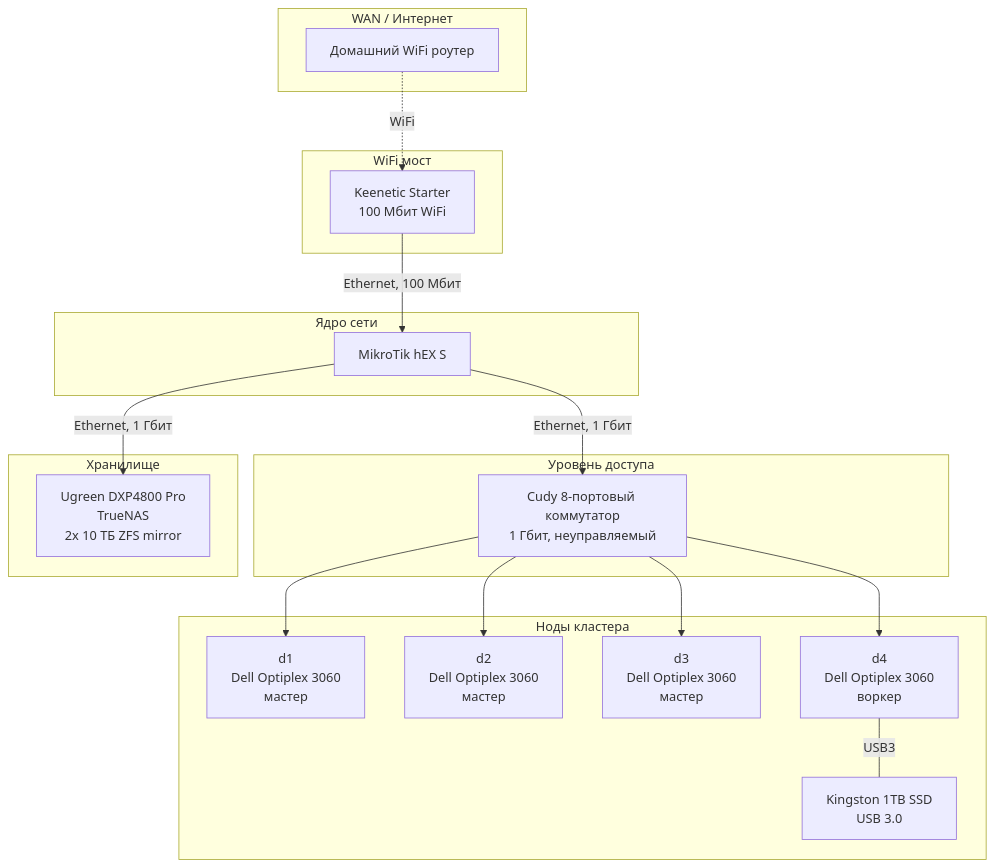
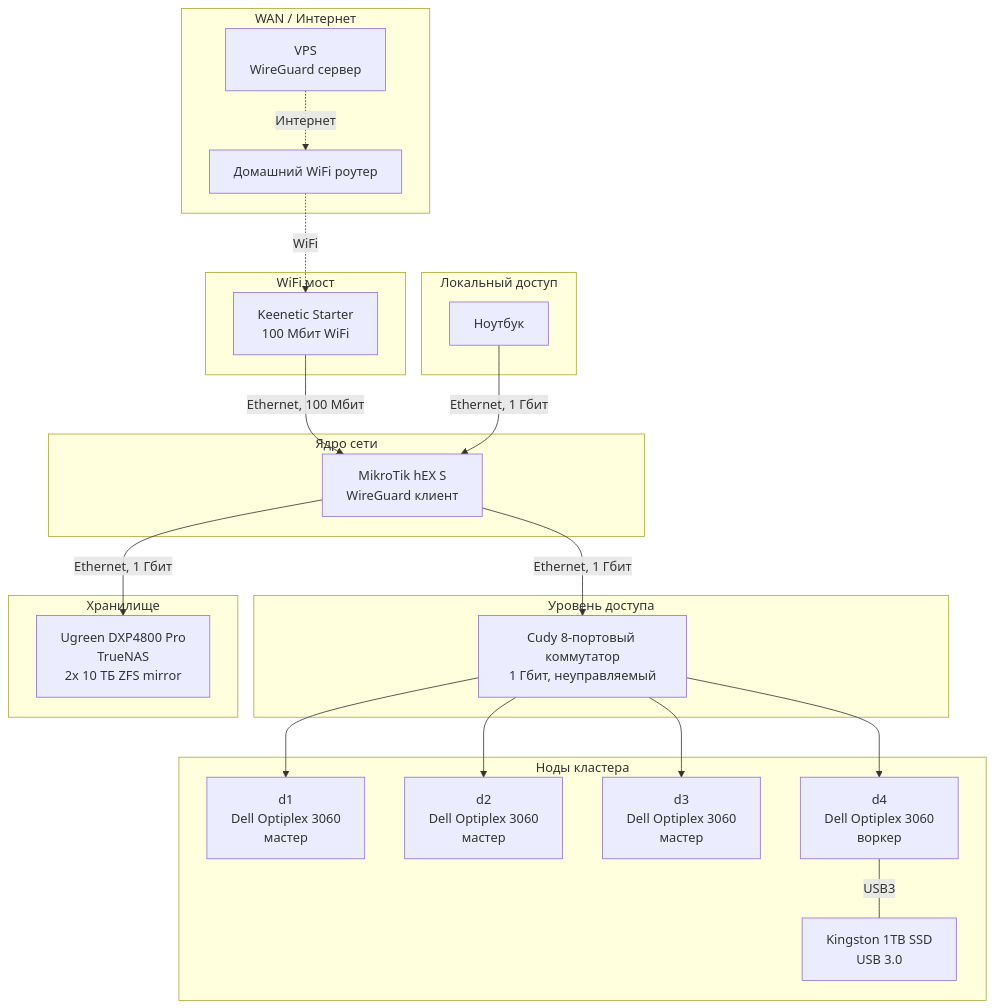
One commit to PearlFoe/homelab changed the first of 2 diagrams in docs/ru/v1/network.md. Above: the diagram before and after it, drawn with Mermaid. The commit also changed other lines of this file and 5 other files, not shown here.

````diff
--- a/docs/ru/v1/network.md
+++ b/docs/ru/v1/network.md
@@ -5,35 +5,41 @@
 ```mermaid
 graph TD
     subgraph wan ["WAN / Интернет"]
         HomeRouter["Домашний WiFi роутер"]
+        VPS["VPS\nWireGuard сервер"]
     end
     subgraph bridge ["WiFi мост"]
         Keenetic["Keenetic Starter\n100 Мбит WiFi"]
     end
+    subgraph local ["Локальный доступ"]
+        Laptop["Ноутбук"]
+    end
     subgraph core ["Ядро сети"]
-        MikroTik["MikroTik hEX S"]
+        MikroTik["MikroTik hEX S\nWireGuard клиент"]
     end
     subgraph access ["Уровень доступа"]
         Switch["Cudy 8-портовый коммутатор\n1 Гбит, неуправляемый"]
     end
     subgraph storage ["Хранилище"]
         NAS["Ugreen DXP4800 Pro\nTrueNAS\n2x 10 ТБ ZFS mirror"]
     end
     subgraph nodes ["Ноды кластера"]
         D1["d1\nDell Optiplex 3060\nмастер"]
         D2["d2\nDell Optiplex 3060\nмастер"]
         D3["d3\nDell Optiplex 3060\nмастер"]
         D4["d4\nDell Optiplex 3060\nворкер"]
         ExtSSD["Kingston 1TB SSD\nUSB 3.0"]
     end
 
+    VPS -.->|Интернет| HomeRouter
     HomeRouter -.->|WiFi| Keenetic
     Keenetic -->|"Ethernet, 100 Мбит"| MikroTik
+    Laptop -->|"Ethernet, 1 Гбит"| MikroTik
     MikroTik -->|"Ethernet, 1 Гбит"| Switch
     MikroTik -->|"Ethernet, 1 Гбит"| NAS
     Switch --> D1
     Switch --> D2
     Switch --> D3
     Switch --> D4
     D4 ---|USB3| ExtSSD
 ```
````
